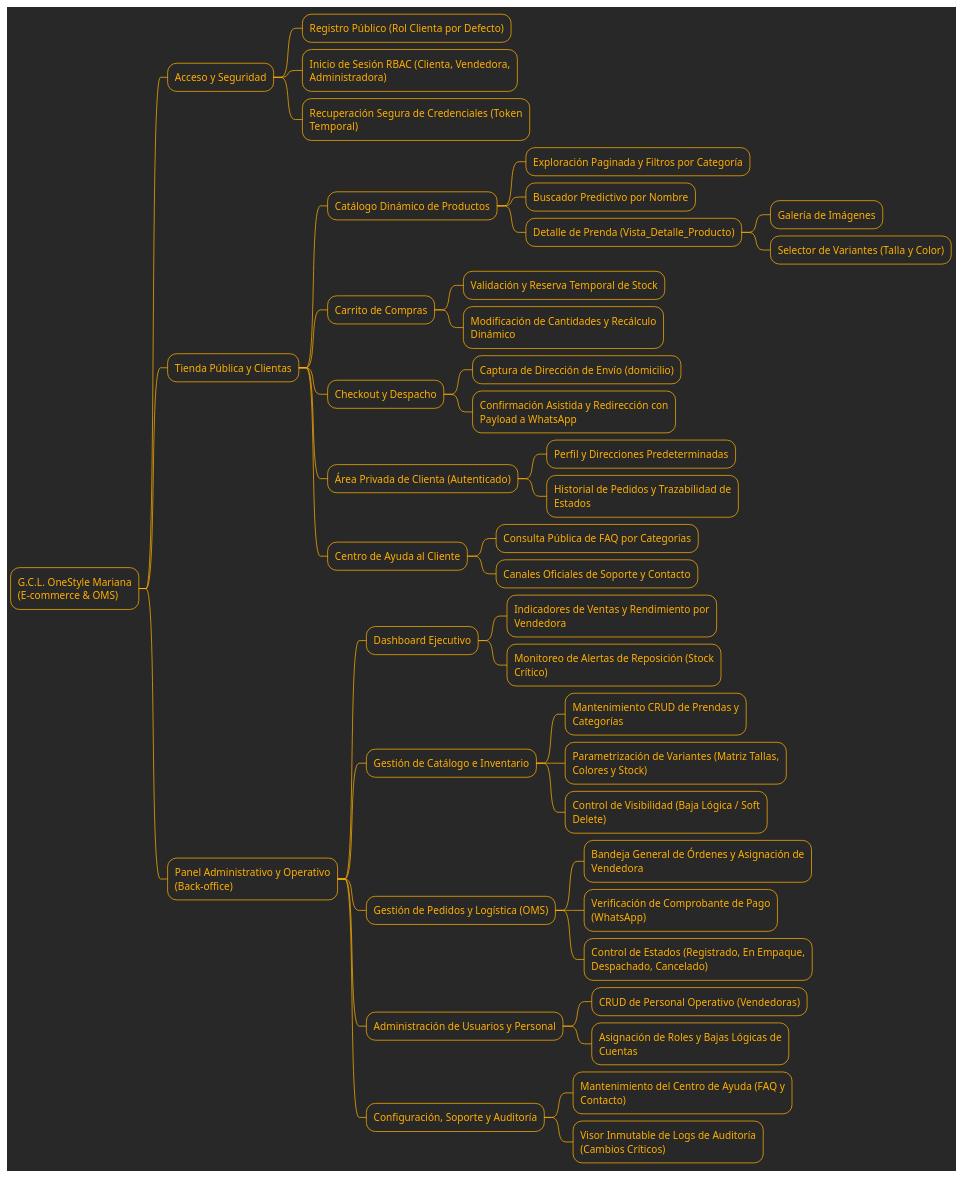
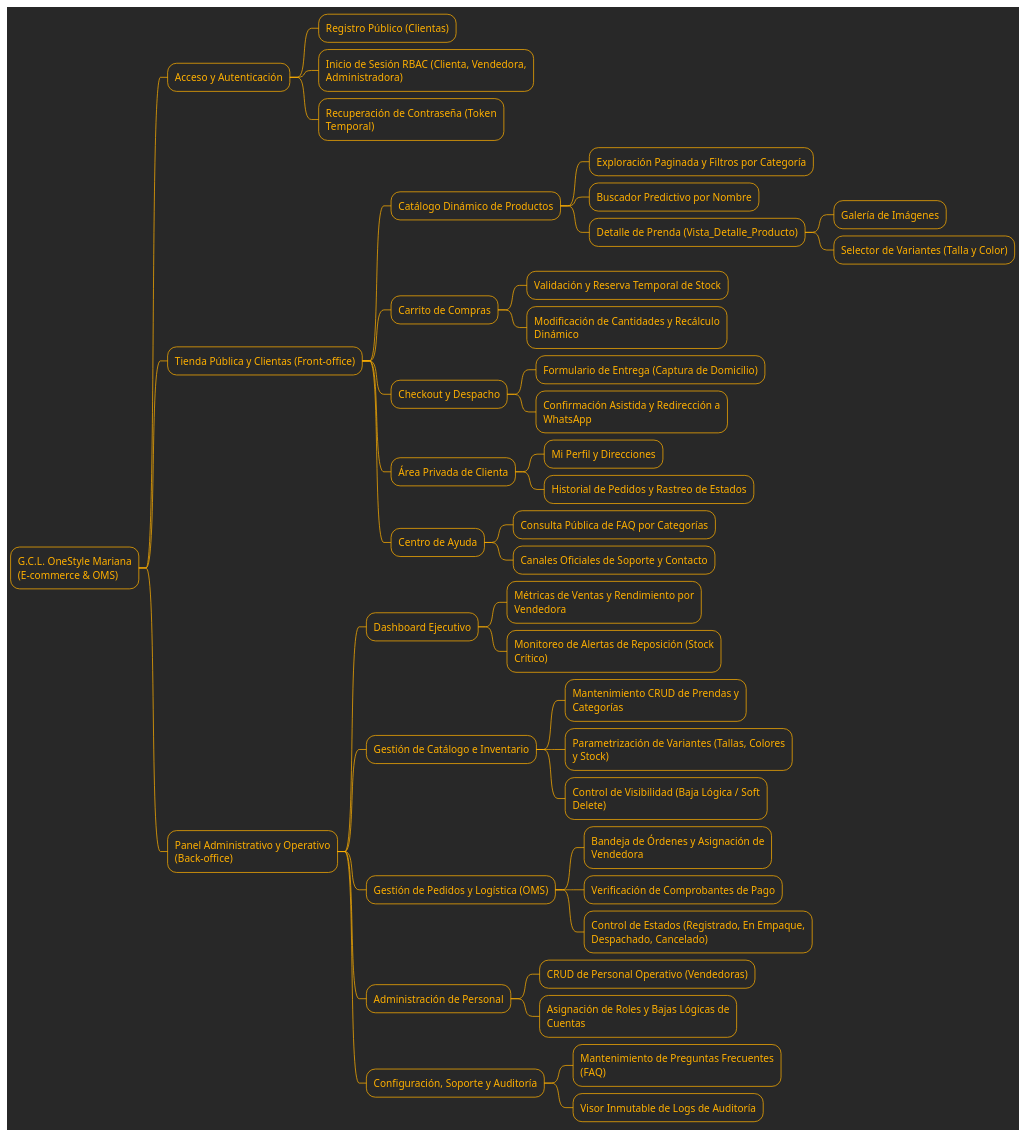
One commit to holo-t-leds/Concepto-OneStyle-Mariana changed the diagram in docs/mapa navegacion/mapnav.puml. Above: the diagram before and after it, drawn with PlantUML.

Commit message:
Update navigation map for access and admin sections

```diff
--- a/docs/mapa navegacion/mapnav.puml
+++ b/docs/mapa navegacion/mapnav.puml
@@ -1,52 +1,52 @@
 @startmindmap
 !theme crt-amber
 skinparam linetype ortho
 skinparam classAttributeIconSize 0
 
 * G.C.L. OneStyle Mariana\n(E-commerce & OMS)
 
-** Acceso y Seguridad
-*** Registro Público (Rol Clienta por Defecto)
+** Acceso y Autenticación
+*** Registro Público (Clientas)
 *** Inicio de Sesión RBAC (Clienta, Vendedora, Administradora)
-*** Recuperación Segura de Credenciales (Token Temporal)
+*** Recuperación de Contraseña (Token Temporal)
 
-** Tienda Pública y Clientas
+** Tienda Pública y Clientas (Front-office)
 *** Catálogo Dinámico de Productos
 **** Exploración Paginada y Filtros por Categoría
 **** Buscador Predictivo por Nombre
 **** Detalle de Prenda (Vista_Detalle_Producto)
 ***** Galería de Imágenes
 ***** Selector de Variantes (Talla y Color)
 *** Carrito de Compras
 **** Validación y Reserva Temporal de Stock
 **** Modificación de Cantidades y Recálculo Dinámico
 *** Checkout y Despacho
-**** Captura de Dirección de Envío (domicilio)
-**** Confirmación Asistida y Redirección con Payload a WhatsApp
-*** Área Privada de Clienta (Autenticado)
-**** Perfil y Direcciones Predeterminadas
-**** Historial de Pedidos y Trazabilidad de Estados
-*** Centro de Ayuda al Cliente
+**** Formulario de Entrega (Captura de Domicilio)
+**** Confirmación Asistida y Redirección a WhatsApp
+*** Área Privada de Clienta
+**** Mi Perfil y Direcciones
+**** Historial de Pedidos y Rastreo de Estados
+*** Centro de Ayuda
 **** Consulta Pública de FAQ por Categorías
 **** Canales Oficiales de Soporte y Contacto
 
 ** Panel Administrativo y Operativo (Back-office)
 *** Dashboard Ejecutivo
-**** Indicadores de Ventas y Rendimiento por Vendedora
+**** Métricas de Ventas y Rendimiento por Vendedora
 **** Monitoreo de Alertas de Reposición (Stock Crítico)
 *** Gestión de Catálogo e Inventario
 **** Mantenimiento CRUD de Prendas y Categorías
-**** Parametrización de Variantes (Matriz Tallas, Colores y Stock)
+**** Parametrización de Variantes (Tallas, Colores y Stock)
 **** Control de Visibilidad (Baja Lógica / Soft Delete)
 *** Gestión de Pedidos y Logística (OMS)
-**** Bandeja General de Órdenes y Asignación de Vendedora
-**** Verificación de Comprobante de Pago (WhatsApp)
+**** Bandeja de Órdenes y Asignación de Vendedora
+**** Verificación de Comprobantes de Pago
 **** Control de Estados (Registrado, En Empaque, Despachado, Cancelado)
-*** Administración de Usuarios y Personal
+*** Administración de Personal
 **** CRUD de Personal Operativo (Vendedoras)
 **** Asignación de Roles y Bajas Lógicas de Cuentas
 *** Configuración, Soporte y Auditoría
-**** Mantenimiento del Centro de Ayuda (FAQ y Contacto)
-**** Visor Inmutable de Logs de Auditoría (Cambios Críticos)
+**** Mantenimiento de Preguntas Frecuentes (FAQ)
+**** Visor Inmutable de Logs de Auditoría
 
 @endmindmap
```
